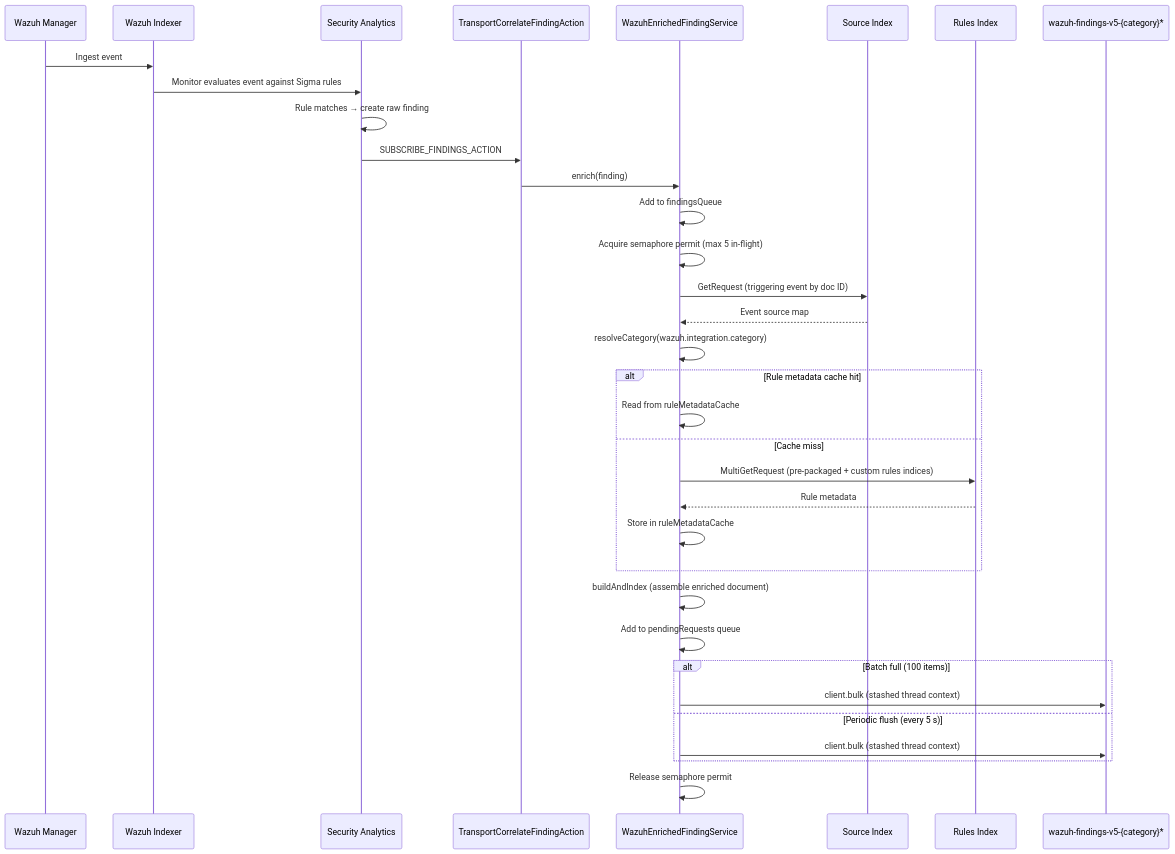
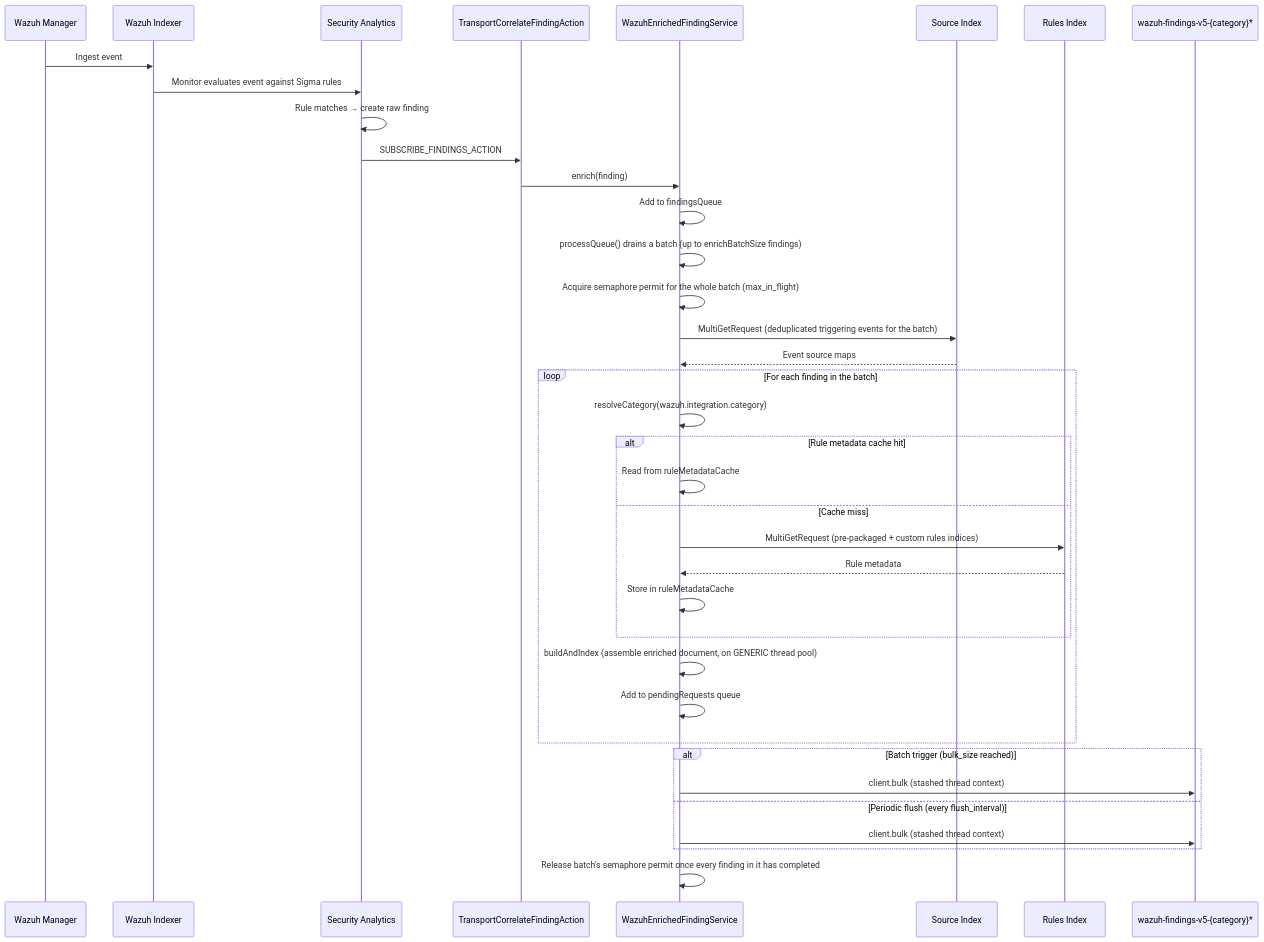
Before and after one commit to wazuh/wazuh-indexer-plugins: the first of 2 diagrams in docs/dev/plugins/security-analytics.md, drawn with Mermaid. The commit also changed other lines of this file and 15 other files, not shown here.

````diff
--- a/docs/dev/plugins/security-analytics.md
+++ b/docs/dev/plugins/security-analytics.md
@@ -48,37 +60,40 @@
 ```mermaid
 sequenceDiagram
     participant A as Wazuh Manager
     participant I as Wazuh Indexer
     participant SA as Security Analytics
     participant TC as TransportCorrelateFindingAction
     participant WS as WazuhEnrichedFindingService
     participant SI as Source Index
     participant RI as Rules Index
     participant WF as wazuh-findings-v5-{category}*
 
     A->>I: Ingest event
     I->>SA: Monitor evaluates event against Sigma rules
     SA->>SA: Rule matches → create raw finding
     SA->>TC: SUBSCRIBE_FINDINGS_ACTION
     TC->>WS: enrich(finding)
     WS->>WS: Add to findingsQueue
-    WS->>WS: Acquire semaphore permit (max 5 in-flight)
-    WS->>SI: GetRequest (triggering event by doc ID)
-    SI-->>WS: Event source map
-    WS->>WS: resolveCategory(wazuh.integration.category)
-    alt Rule metadata cache hit
-        WS->>WS: Read from ruleMetadataCache
-    else Cache miss
-        WS->>RI: MultiGetRequest (pre-packaged + custom rules indices)
-        RI-->>WS: Rule metadata
-        WS->>WS: Store in ruleMetadataCache
+    WS->>WS: processQueue() drains a batch (up to enrichBatchSize findings)
+    WS->>WS: Acquire semaphore permit for the whole batch (max_in_flight)
+    WS->>SI: MultiGetRequest (deduplicated triggering events for the batch)
+    SI-->>WS: Event source maps
+    loop For each finding in the batch
+        WS->>WS: resolveCategory(wazuh.integration.category)
+        alt Rule metadata cache hit
+            WS->>WS: Read from ruleMetadataCache
+        else Cache miss
+            WS->>RI: MultiGetRequest (pre-packaged + custom rules indices)
+            RI-->>WS: Rule metadata
+            WS->>WS: Store in ruleMetadataCache
+        end
+        WS->>WS: buildAndIndex (assemble enriched document, on GENERIC thread pool)
+        WS->>WS: Add to pendingRequests queue
     end
-    WS->>WS: buildAndIndex (assemble enriched document)
-    WS->>WS: Add to pendingRequests queue
-    alt Batch full (100 items)
+    alt Batch trigger (bulk_size reached)
         WS->>WF: client.bulk (stashed thread context)
-    else Periodic flush (every 5 s)
+    else Periodic flush (every flush_interval)
         WS->>WF: client.bulk (stashed thread context)
     end
-    WS->>WS: Release semaphore permit
+    WS->>WS: Release batch's semaphore permit once every finding in it has completed
 ```
````
